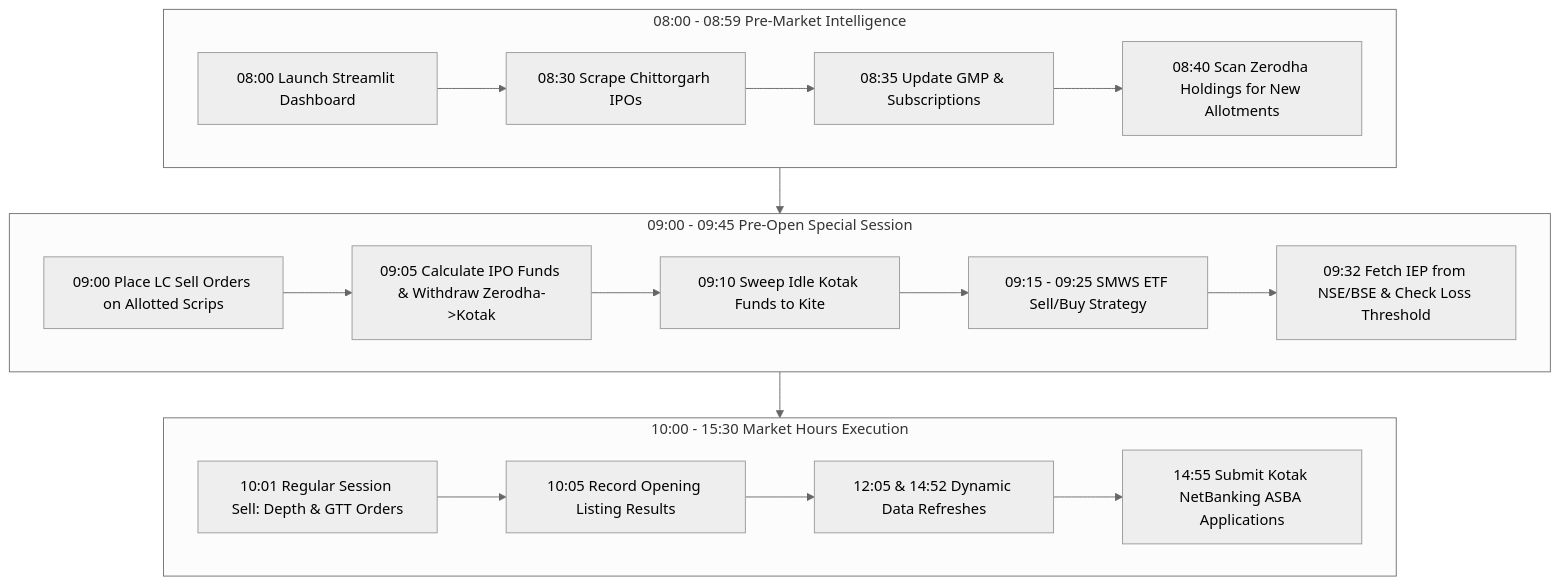
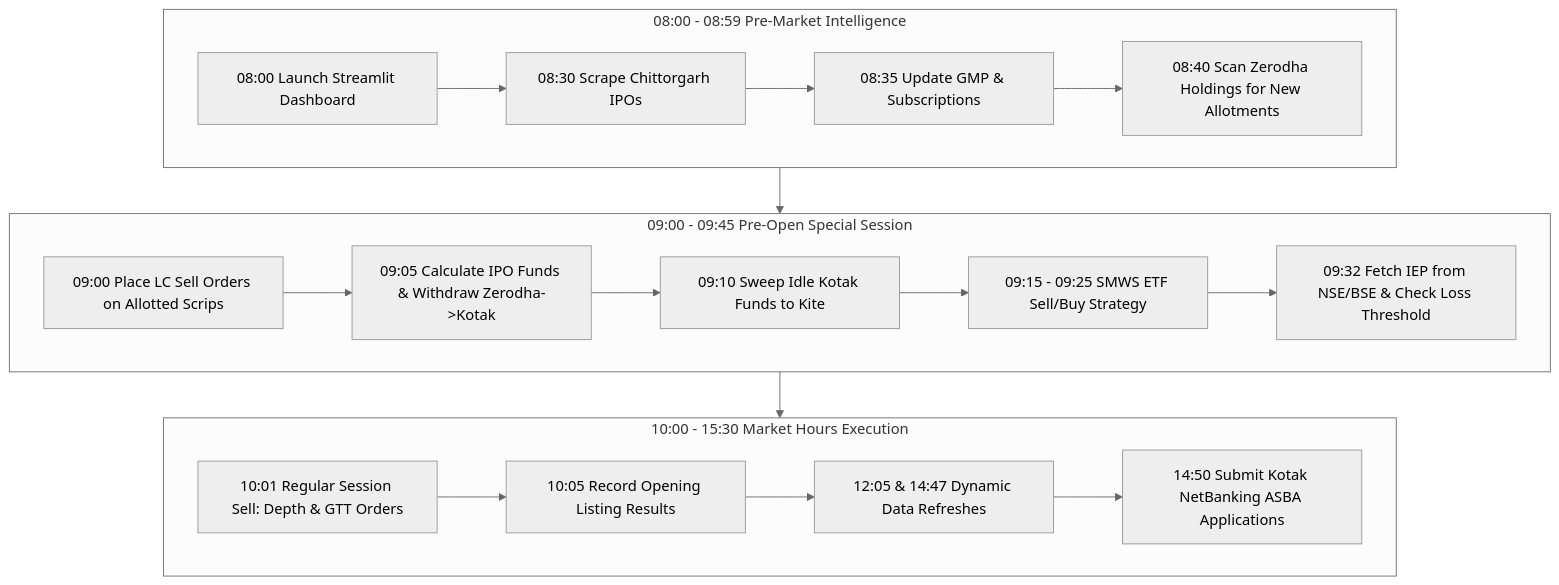
The diagram in docs/SCHEDULE_AND_WORKFLOWS.md (PrakharVasishtha/CapitalFund1), drawn with Mermaid (neutral theme) before and after one commit. The commit also changed other lines of this file and 5 other files, not shown here.

````diff
--- a/docs/SCHEDULE_AND_WORKFLOWS.md
+++ b/docs/SCHEDULE_AND_WORKFLOWS.md
@@ -30,27 +30,27 @@
 ```mermaid
 flowchart TD
     subgraph PreMarket [08:00 - 08:59 Pre-Market Intelligence]
         A1[08:00 Launch Streamlit Dashboard] --> A2[08:30 Scrape Chittorgarh IPOs]
         A2 --> A3[08:35 Update GMP & Subscriptions]
         A3 --> A4[08:40 Scan Zerodha Holdings for New Allotments]
     end
 
     subgraph PreOpen [09:00 - 09:45 Pre-Open Special Session]
         B1[09:00 Place LC Sell Orders on Allotted Scrips]
         B2[09:05 Calculate IPO Funds & Withdraw Zerodha->Kotak]
         B3[09:10 Sweep Idle Kotak Funds to Kite]
         B4[09:15 - 09:25 SMWS ETF Sell/Buy Strategy]
         B5[09:32 Fetch IEP from NSE/BSE & Check Loss Threshold]
         B1 --> B2 --> B3 --> B4 --> B5
     end
 
     subgraph RegularSession [10:00 - 15:30 Market Hours Execution]
         C1[10:01 Regular Session Sell: Depth & GTT Orders]
         C2[10:05 Record Opening Listing Results]
-        C3[12:05 & 14:52 Dynamic Data Refreshes]
-        C4[14:55 Submit Kotak NetBanking ASBA Applications]
+        C3[12:05 & 14:47 Dynamic Data Refreshes]
+        C4[14:50 Submit Kotak NetBanking ASBA Applications]
         C1 --> C2 --> C3 --> C4
     end
 
     PreMarket --> PreOpen --> RegularSession
 ```
````
